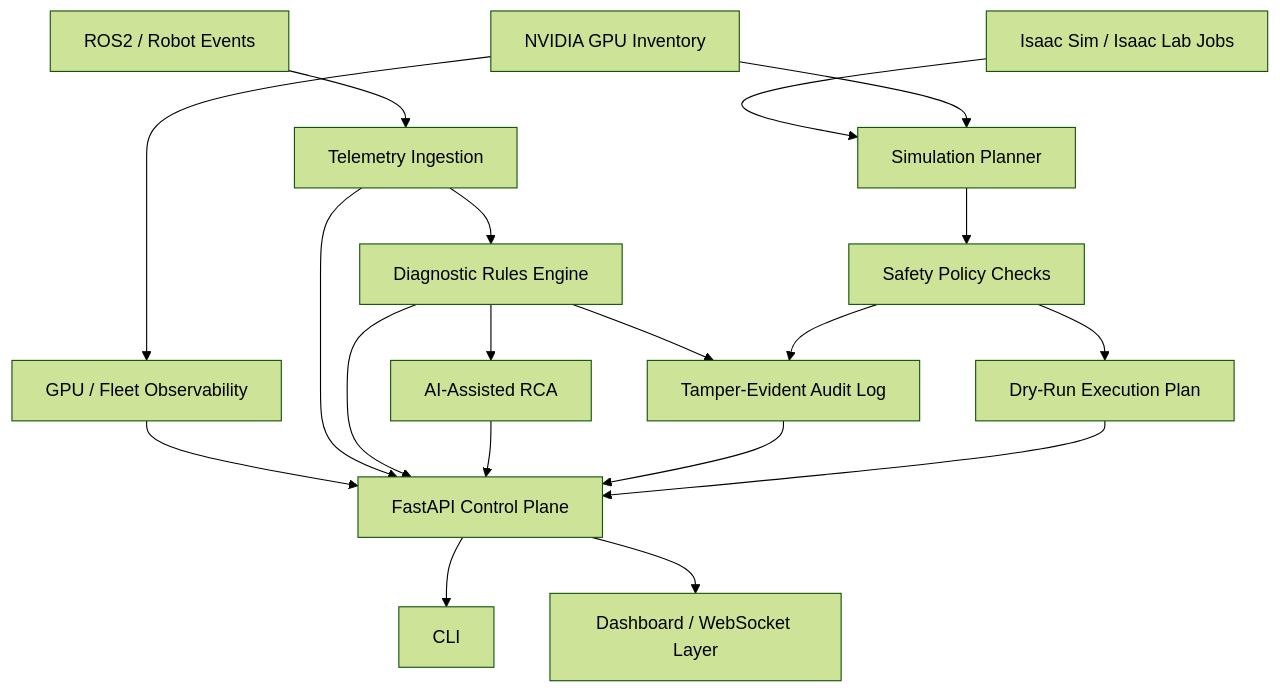
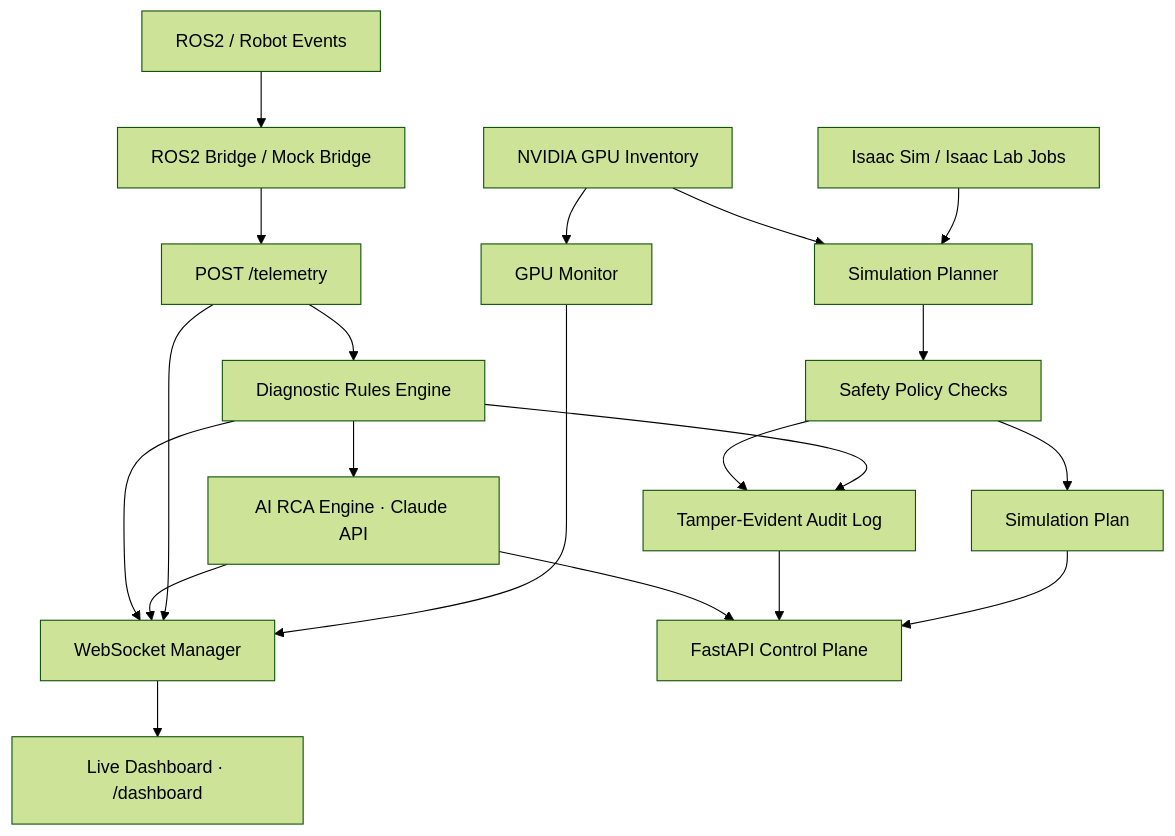
The diagram in README.md (amitb-gpu/robofleet-nexus), drawn with Mermaid (forest theme) before and after one commit. The commit also changed other lines of this file, not shown here.

````diff
--- a/README.md
+++ b/README.md
@@ -144,25 +129,26 @@
 ```mermaid
 flowchart TB
-    ROS2[ROS2 / Robot Events] --> Ingest[Telemetry Ingestion]
+    ROS2[ROS2 / Robot Events] --> Bridge[ROS2 Bridge / Mock Bridge]
     Isaac[Isaac Sim / Isaac Lab Jobs] --> Planner[Simulation Planner]
     GPU[NVIDIA GPU Inventory] --> Planner
-    GPU --> Observability[GPU / Fleet Observability]
+    GPU --> Monitor[GPU Monitor]
 
+    Bridge --> Ingest[POST /telemetry]
     Ingest --> Diagnostics[Diagnostic Rules Engine]
-    Diagnostics --> RCA[AI-Assisted RCA]
+    Diagnostics --> RCA[AI RCA Engine · Claude API]
     Diagnostics --> Audit[Tamper-Evident Audit Log]
 
     Planner --> Policy[Safety Policy Checks]
     Policy --> Audit
-    Policy --> Plan[Dry-Run Execution Plan]
+    Policy --> Plan[Simulation Plan]
 
-    Observability --> API[FastAPI Control Plane]
-    Ingest --> API
-    Diagnostics --> API
+    Monitor --> WSManager[WebSocket Manager]
+    Ingest --> WSManager
+    RCA --> WSManager
+    Diagnostics --> WSManager
+
+    WSManager --> Dashboard[Live Dashboard · /dashboard]
+    Plan --> API[FastAPI Control Plane]
+    Audit --> API
     RCA --> API
-    Audit --> API
-    Plan --> API
-
-    API --> CLI[CLI]
-    API --> Dashboard[Dashboard / WebSocket Layer]
 ```
````
